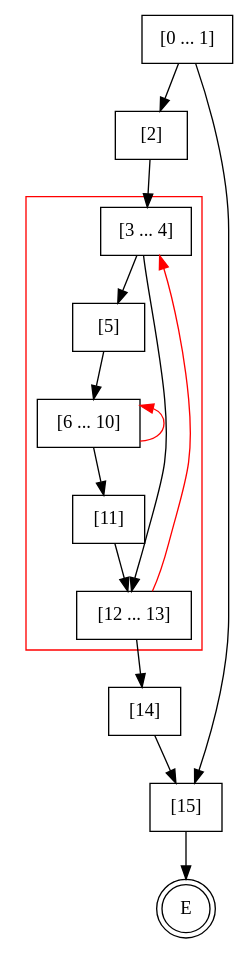
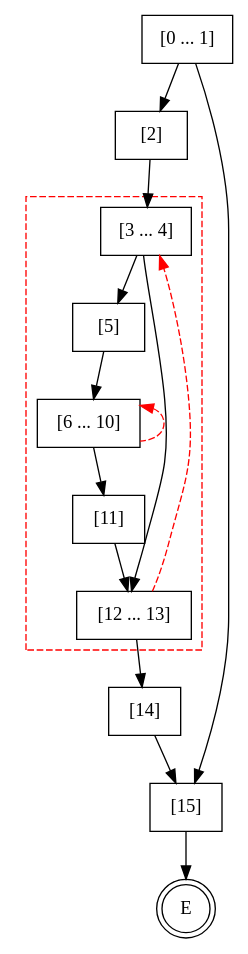
One commit to jsCarleton/wanalyze changed the diagram in test_cases/bubble_sort/bubble_sort-e.dot. Above: the diagram before and after it, drawn with Graphviz. The commit also changed 140 other files, not shown here.

```diff
--- a/test_cases/bubble_sort/bubble_sort-e.dot
+++ b/test_cases/bubble_sort/bubble_sort-e.dot
@@ -1,35 +1,36 @@
 digraph finite_state_machine {
     label = ""
     labelloc =  t
     labelfontsize = 16
     labelfontcolor = black
     labelfontname = "Helvetica"
     node [shape = doublecircle]; E ;
     node [shape = box];
     node [shape=box, fontcolor=black, style=""] 0[label="[0 ... 1]"]
     node [shape=box, fontcolor=black, style=""] 2[label="[2]"]
     subgraph cluster_9{
     label = "";
     color = red;
+    style = dashed;
     node [shape=box, fontcolor=black, style=""] 3[label="[3 ... 4]"]
     node [shape=box, fontcolor=black, style=""] 5[label="[5]"]
     node [shape=box, fontcolor=black, style=""] 6[label="[6 ... 10]"]
     node [shape=box, fontcolor=black, style=""] 11[label="[11]"]
     node [shape=box, fontcolor=black, style=""] 12[label="[12 ... 13]"]
     }
     node [shape=box, fontcolor=black, style=""] 14[label="[14]"]
     node [shape=box, fontcolor=black, style=""] 15[label="[15]"]
     0 -> 2;
     0 -> 15;
     2 -> 3;
     3 -> 5;
     3 -> 12;
     5 -> 6;
     6 -> 11;
-    6 -> 6[color="red" dir=back];
+    6 -> 6[style=dashed color="red" dir=back];
     11 -> 12;
-    12 -> 3[color="red"];
+    12 -> 3[style=dashed color="red"];
     12 -> 14;
     14 -> 15;
     15 -> E;
 }
```
